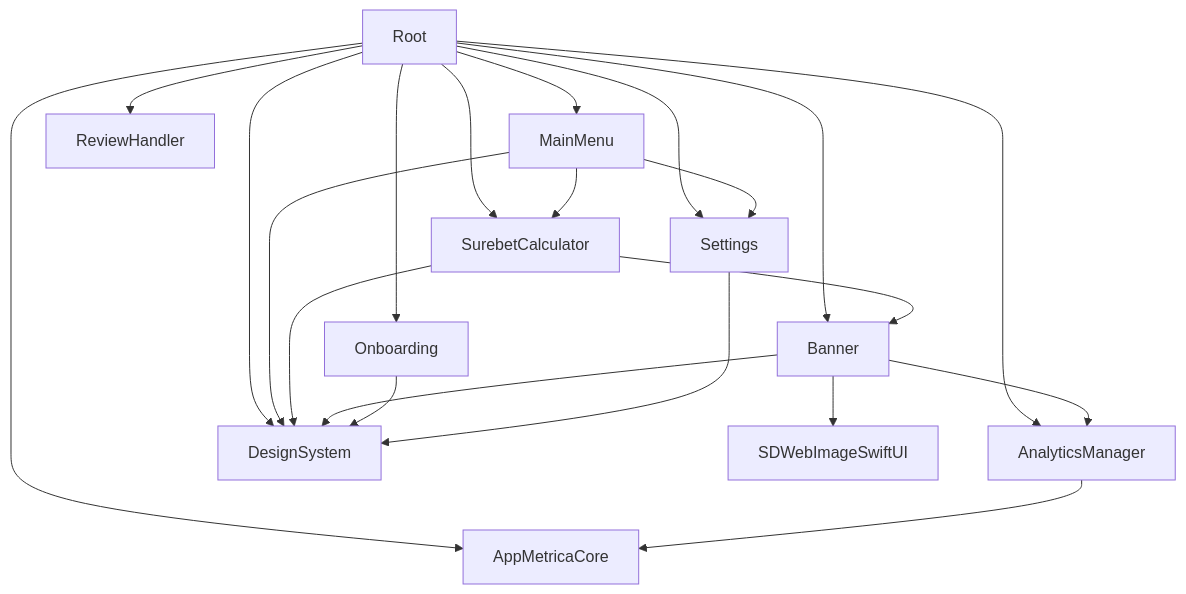
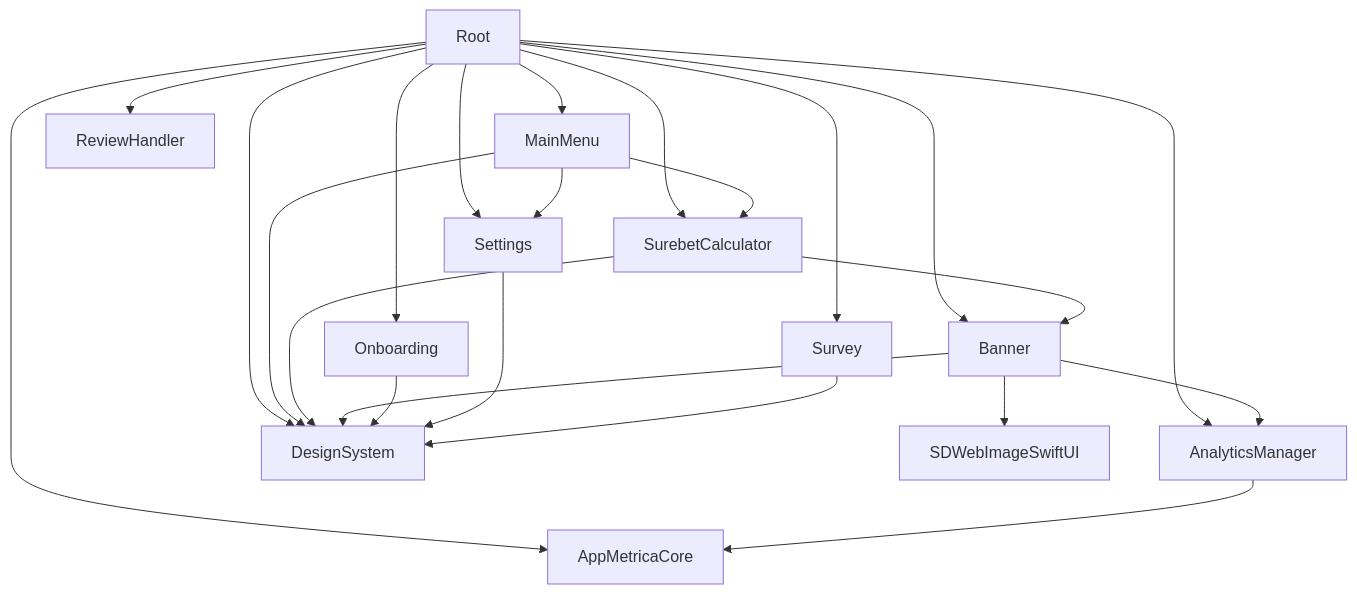
The diagram in docs/reference/DEPENDENCY_GRAPH.md (IaroslavAl/surebet-calculator-ios), drawn with Mermaid before and after one commit. The commit also changed 4 other files, not shown here.

````diff
--- a/docs/reference/DEPENDENCY_GRAPH.md
+++ b/docs/reference/DEPENDENCY_GRAPH.md
@@ -5,28 +5,30 @@
 ```mermaid
 graph TD
     Root --> SurebetCalculator
     Root --> Banner
     Root --> MainMenu
     Root --> Onboarding
     Root --> Settings
     Root --> ReviewHandler
+    Root --> Survey
     Root --> AnalyticsManager
     Root --> DesignSystem
     Root --> AppMetricaCore
 
     MainMenu --> SurebetCalculator
     MainMenu --> Settings
     MainMenu --> DesignSystem
 
     SurebetCalculator --> Banner
     SurebetCalculator --> DesignSystem
 
     Banner --> AnalyticsManager
     Banner --> SDWebImageSwiftUI
     Banner --> DesignSystem
 
     Onboarding --> DesignSystem
     Settings --> DesignSystem
+    Survey --> DesignSystem
 
     AnalyticsManager --> AppMetricaCore
 ```
````
